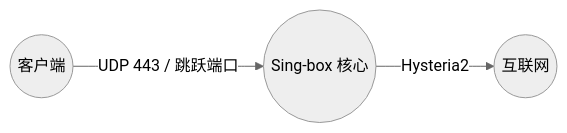
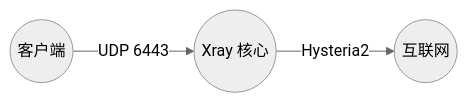
The second of 14 diagrams in docs/02-protocols-and-security.md (currycan/sb-xray), drawn with Mermaid (neutral theme) before and after one commit. The commit also changed other lines of this file, not shown here.

Commit message:
docs: fix stale Sing-box engine labels for Hy2 in docs/02
Protocol table and §1.2 heading + mermaid diagram still showed
Hysteria2 as Sing-box-engine after M4 migrated it to Xray.
Align with reality: engine=Xray, port=UDP 6443.

````diff
--- a/docs/02-protocols-and-security.md
+++ b/docs/02-protocols-and-security.md
@@ -90,5 +90,5 @@
 ```mermaid
 graph LR
-    User((客户端)) -- "UDP 443 / 跳跃端口" --> Singbox(("Sing-box 核心"))
-    Singbox -- "Hysteria2" --> Internet((互联网))
+    User((客户端)) -- "UDP 6443" --> Xray(("Xray 核心"))
+    Xray -- "Hysteria2" --> Internet((互联网))
 ```
````
